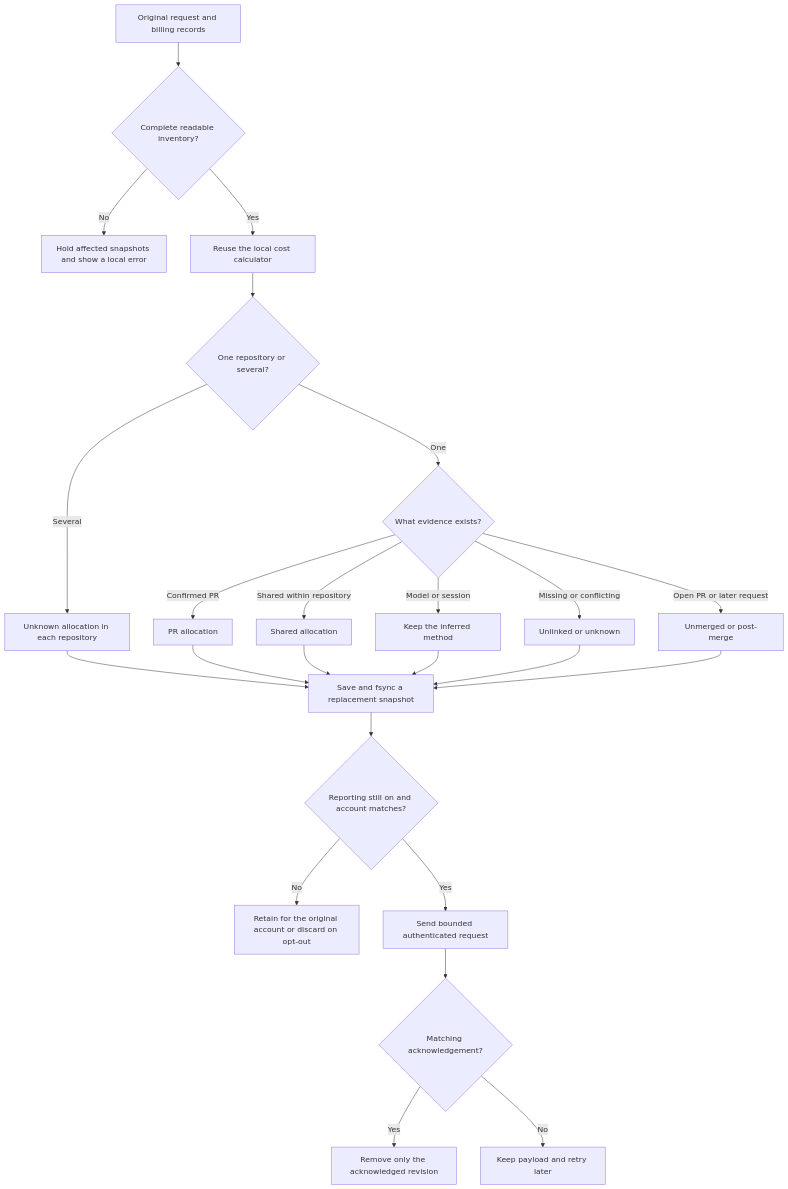
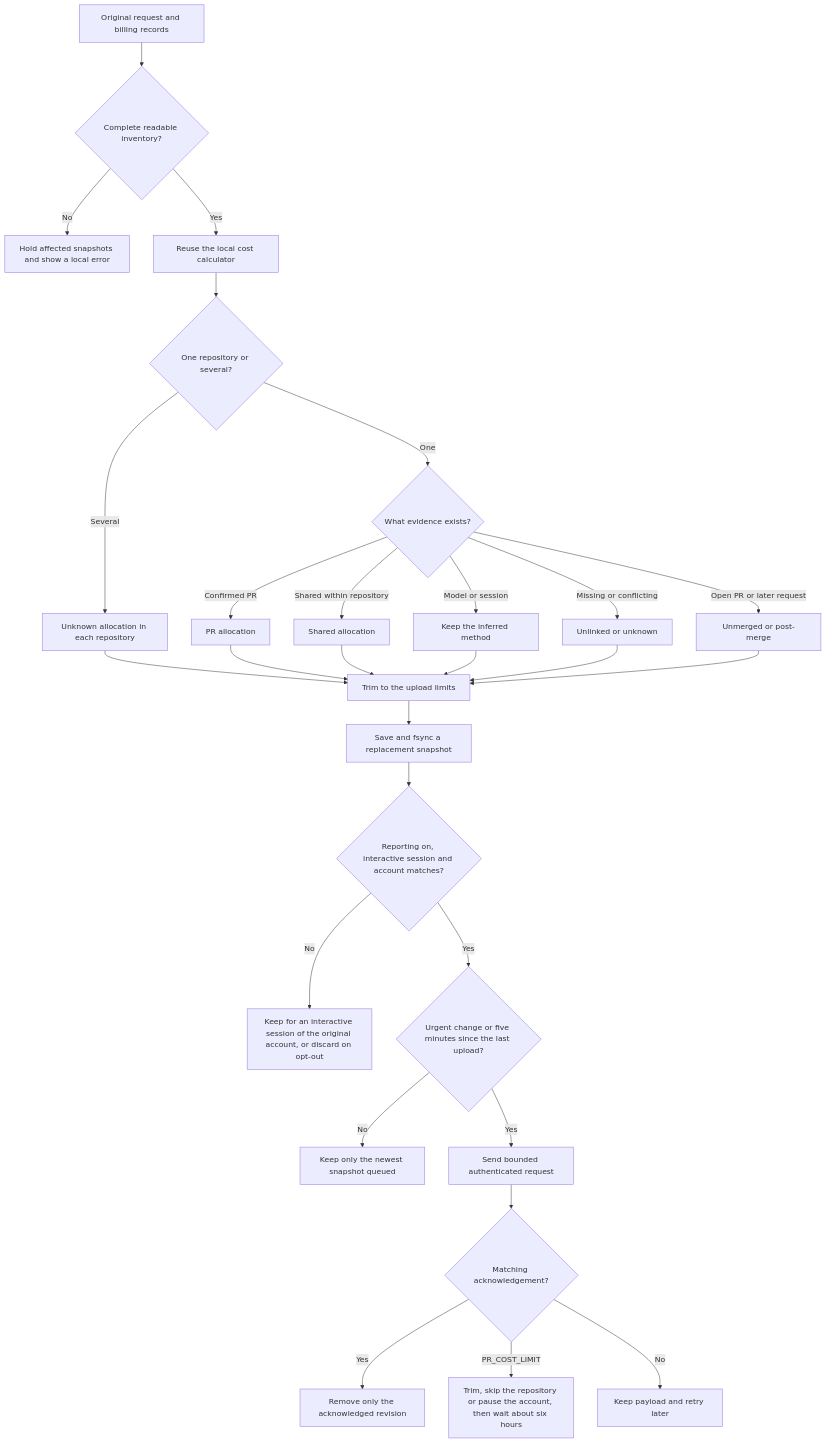
Before and after one commit to getkimchi/kimchi: the first of 2 diagrams in docs/pr-cost-reporting.md, drawn with Mermaid. The commit also changed other lines of this file, not shown here.

Commit message:
docs: explain PR cost upload windows, trimming and limits

````diff
--- a/docs/pr-cost-reporting.md
+++ b/docs/pr-cost-reporting.md
@@ -53,26 +77,30 @@
 ```mermaid
 flowchart TD
     A[Original request and billing records] --> B{Complete readable inventory?}
     B -- No --> Hold[Hold affected snapshots and show a local error]
     B -- Yes --> C[Reuse the local cost calculator]
     C --> D{One repository or several?}
     D -- Several --> U[Unknown allocation in each repository]
     D -- One --> E{What evidence exists?}
     E -- Confirmed PR --> PR[PR allocation]
     E -- Shared within repository --> Shared[Shared allocation]
     E -- Model or session --> Inferred[Keep the inferred method]
     E -- Missing or conflicting --> Unknown[Unlinked or unknown]
     E -- Open PR or later request --> Outside[Unmerged or post-merge]
-    U --> Queue
-    PR --> Queue
-    Shared --> Queue
-    Inferred --> Queue
-    Unknown --> Queue
-    Outside --> Queue[Save and fsync a replacement snapshot]
-    Queue --> Consent{Reporting still on and account matches?}
-    Consent -- No --> Wait[Retain for the original account or discard on opt-out]
-    Consent -- Yes --> Send[Send bounded authenticated request]
+    U --> Trim
+    PR --> Trim
+    Shared --> Trim
+    Inferred --> Trim
+    Unknown --> Trim
+    Outside --> Trim[Trim to the upload limits]
+    Trim --> Queue[Save and fsync a replacement snapshot]
+    Queue --> Consent{Reporting on, interactive session and account matches?}
+    Consent -- No --> Wait[Keep for an interactive session of the original account, or discard on opt-out]
+    Consent -- Yes --> Window{Urgent change or five minutes since the last upload?}
+    Window -- No --> Later[Keep only the newest snapshot queued]
+    Window -- Yes --> Send[Send bounded authenticated request]
     Send --> Ack{Matching acknowledgement?}
     Ack -- Yes --> Done[Remove only the acknowledged revision]
+    Ack -- PR_COST_LIMIT --> Quota[Trim, skip the repository or pause the account, then wait about six hours]
     Ack -- No --> Retry[Keep payload and retry later]
 ```
````
